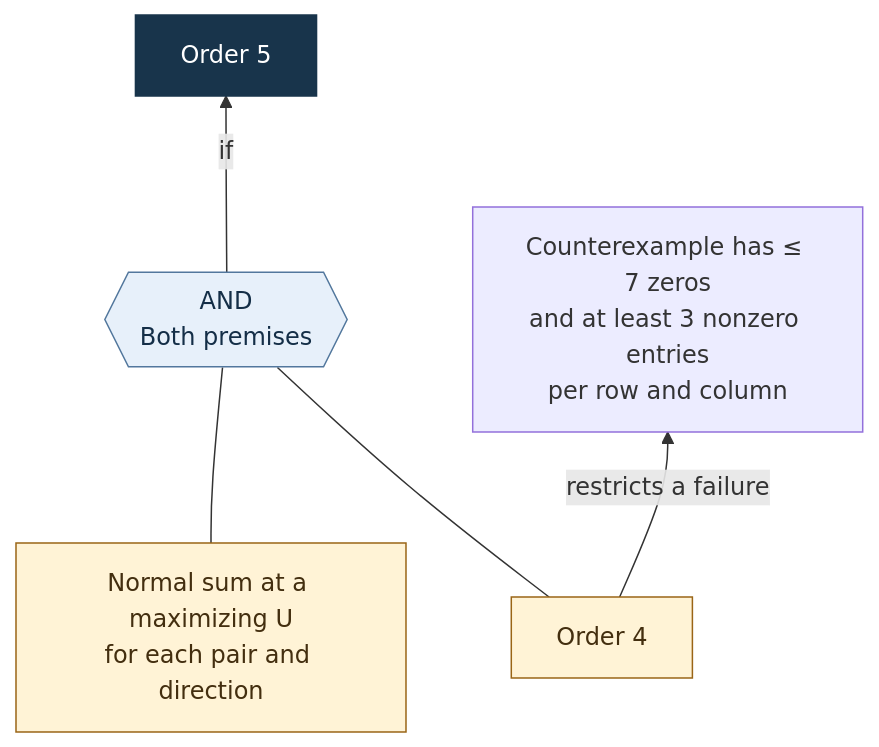
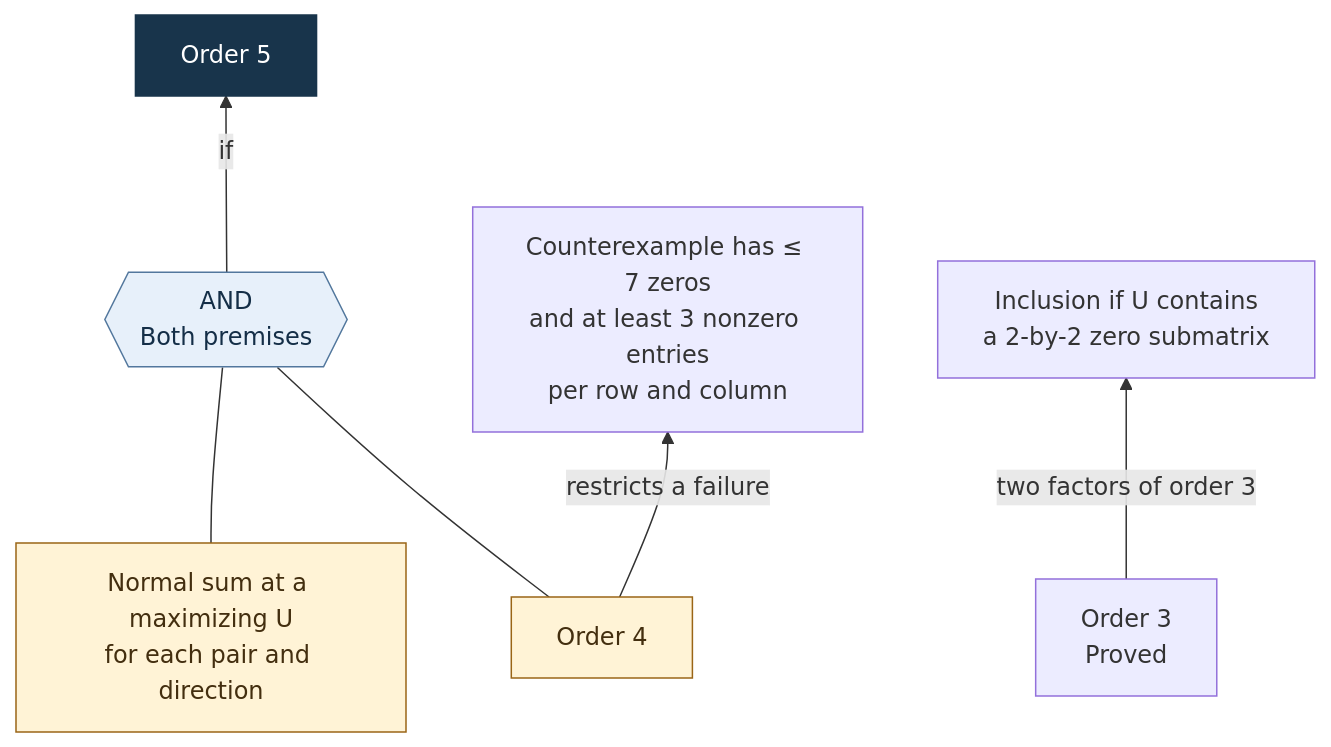
Before and after one commit to ascendnoosphere/MOC: the third of 5 diagrams in Docs/order-five-proof-map.md, drawn with Mermaid. The commit also changed other lines of this file and 9 other files, not shown here.

````diff
--- a/Docs/order-five-proof-map.md
+++ b/Docs/order-five-proof-map.md
@@ -90,17 +90,20 @@
 ```mermaid
 flowchart BT
-    accTitle: Results conditional on order four
-    accDescr: Order four and the existence of normal order-five maximizers imply order five. Conditional on order four, a strict order-five violation can involve at most seven zeros in the mixer.
+    accTitle: Sparse cases and the normal maximizer route
+    accDescr: Order four and normal order-five maximizers imply order five. A two-by-two zero submatrix excludes a violation without assuming order four.
     Goal["Order 5"]:::goal
     Both{{"AND<br/>Both premises"}}:::gate
     Four["Order 4"]:::open
     Norm["Normal sum at a maximizing U<br/>for each pair and direction"]:::open
     Sparse["Counterexample has ≤ 7 zeros<br/>and at least 3 nonzero entries<br/>per row and column"]
+    Base["Order 3<br/>Proved"]
+    Zero["Inclusion if U contains<br/>a 2-by-2 zero submatrix"]
     Four --- Both
     Norm --- Both
     Both -->|if| Goal
     Four -->|restricts a failure| Sparse
+    Base -->|two factors of order 3| Zero
     classDef goal fill:#18344b,stroke:#18344b,color:#fff
     classDef gate fill:#e7f0fa,stroke:#52779d,color:#142e47
     classDef open fill:#fff3d6,stroke:#9a6516,color:#432e0f
 ```
````
